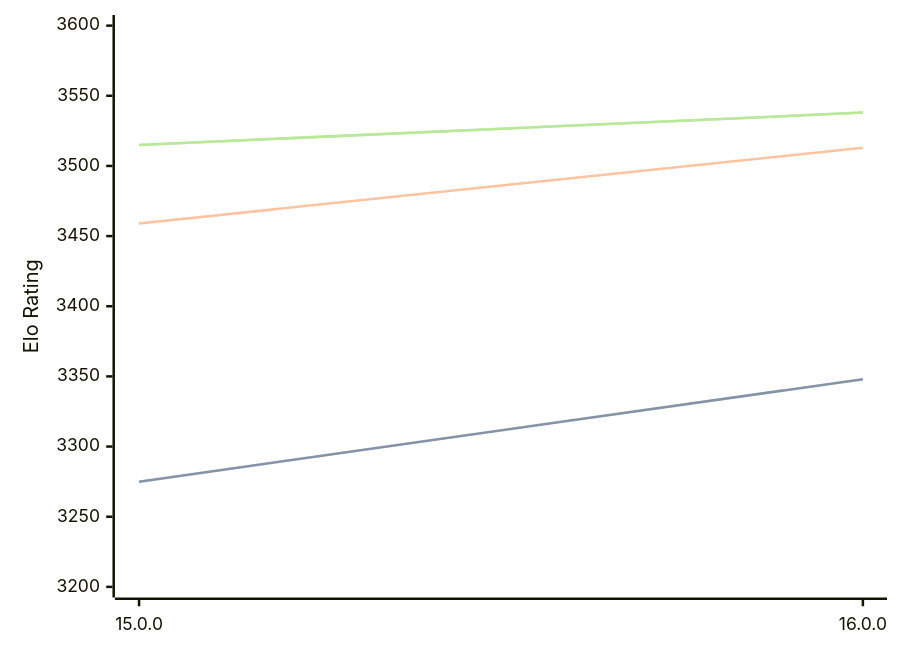
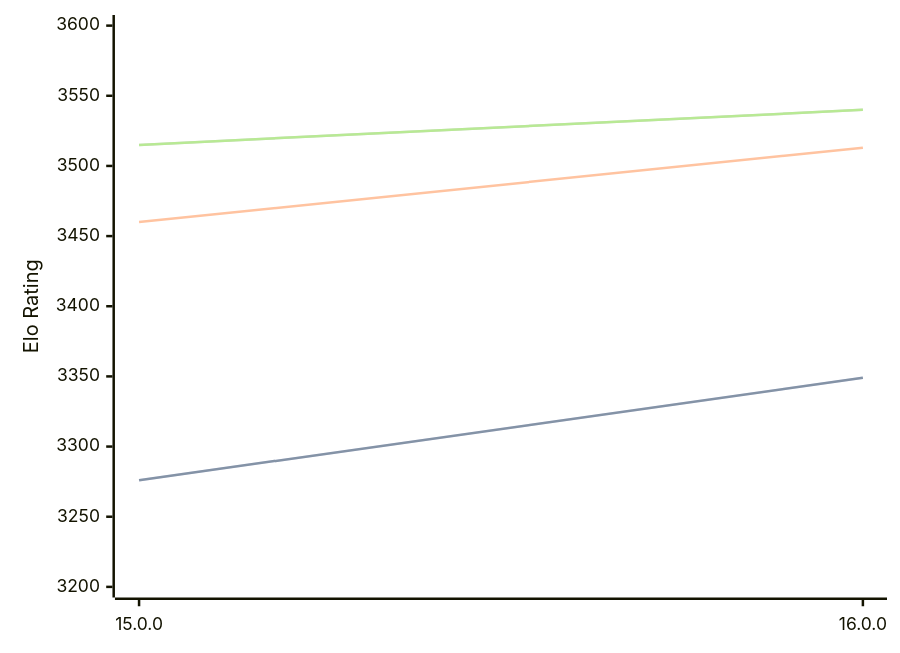
The diagram in engines/Halogen.md (computer-chess-index/cci), drawn with Mermaid before and after one commit. The commit also changed other lines of this file, not shown here.

Commit message:
Update CCI Ratings (ELO VLTC) - 2026-07-25

````diff
--- a/engines/Halogen.md
+++ b/engines/Halogen.md
@@ -50,11 +50,11 @@
 ```mermaid
 %%{init: {"theme":"base","themeVariables":{"seriesColors:['#a3a3a3','#222221','#faa371']}}}%%
 xychart-beta
   x-axis ["15.0.0", "16.0.0"]
   y-axis "Elo Rating" 3200 --> 3600
-  line "STC (8.0+0.08s)" [3275, 3348]
-  line "STC (8.0+0.08s)" [3275, 3348]
-  line "LTC (60.0+0.60s)" [3459, 3513]
-  line "VLTC (2m24s+1.12s)" [3515, 3538]
-  line "VLTC (2m24s+1.12s)" [3515, 3538]
+  line "STC (8.0+0.08s)" [3276, 3349]
+  line "STC (8.0+0.08s)" [3276, 3349]
+  line "LTC (60.0+0.60s)" [3460, 3513]
+  line "VLTC (2m24s+1.12s)" [3515, 3540]
+  line "VLTC (2m24s+1.12s)" [3515, 3540]
 ```
````
